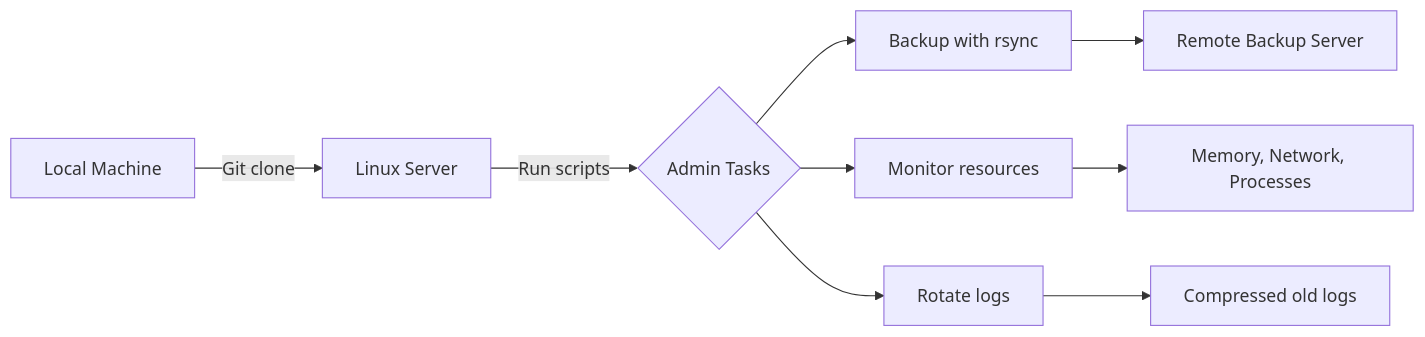
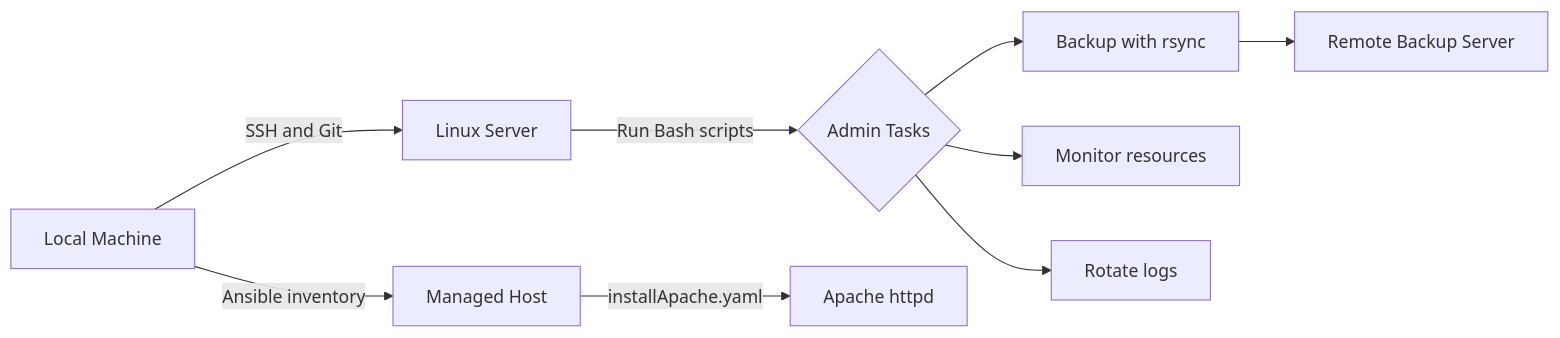
One commit to MahmoudMadihBedier/bash-yamel changed the diagram in README.md. Above: the diagram before and after it, drawn with Mermaid. The commit also changed other lines of this file and 1 other file, not shown here.

````diff
--- a/README.md
+++ b/README.md
@@ -12,11 +12,11 @@
 ```mermaid
 flowchart LR
-    A[Local Machine] -->|Git clone| B[Linux Server]
-    B -->|Run scripts| C{Admin Tasks}
-    C --> D[Backup with rsync]
-    C --> E[Monitor resources]
-    C --> F[Rotate logs]
-    D --> G[Remote Backup Server]
-    E --> H[Memory, Network, Processes]
-    F --> I[Compressed old logs]
+    A[Local Machine] -->|SSH and Git| B[Linux Server]
+    A -->|Ansible inventory| C[Managed Host]
+    B -->|Run Bash scripts| D{Admin Tasks}
+    C -->|installApache.yaml| E[Apache httpd]
+    D --> F[Backup with rsync]
+    D --> G[Monitor resources]
+    D --> H[Rotate logs]
+    F --> I[Remote Backup Server]
 ```
````
